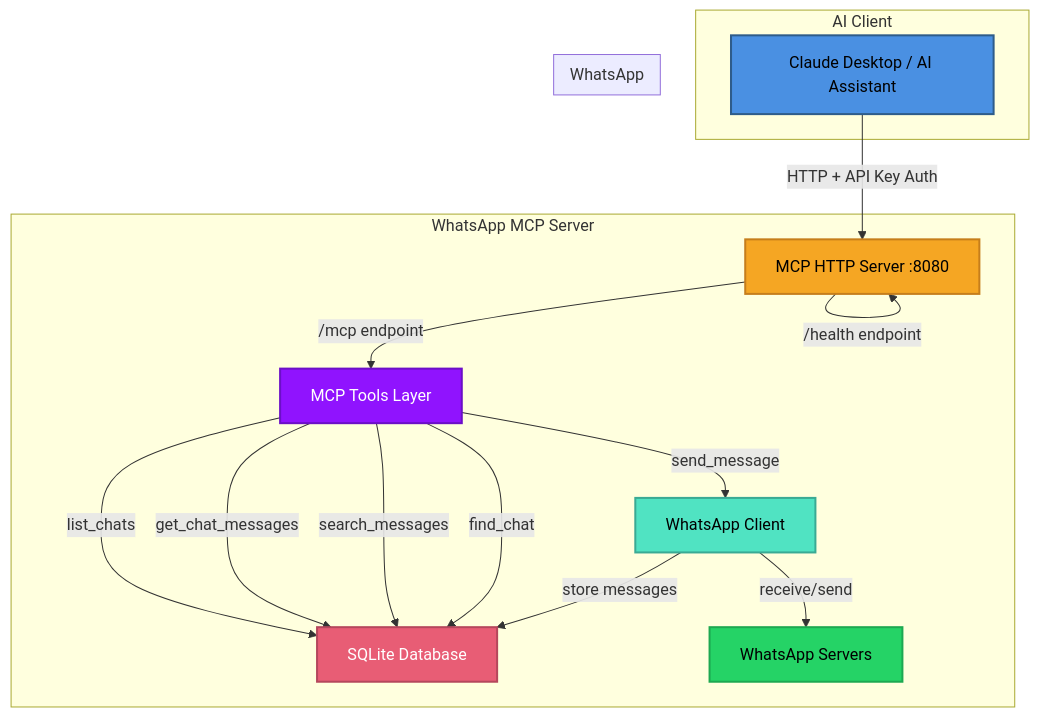
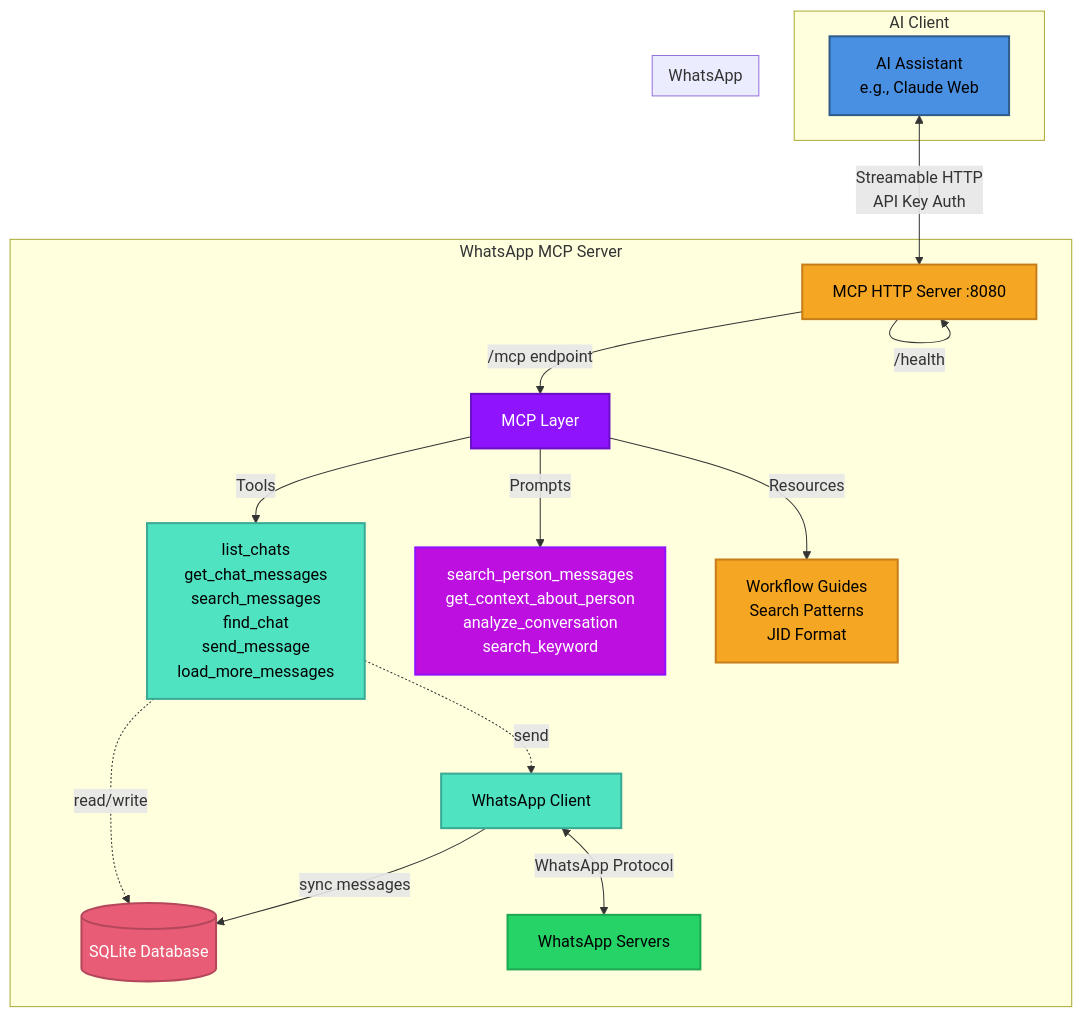
One commit to felipeadeildo/whatsapp-mcp changed the diagram in README.md. Above: the diagram before and after it, drawn with Mermaid. The commit also changed other lines of this file, not shown here.

````diff
--- a/README.md
+++ b/README.md
@@ -21,36 +83,42 @@
 ```mermaid
 graph TB
     subgraph "AI Client"
-        A[Claude Desktop / AI Assistant]
+        A[AI Assistant <br/> e.g., Claude Web]
     end
 
     subgraph "WhatsApp MCP Server"
         B[MCP HTTP Server :8080]
-        C[MCP Tools Layer]
+        C[MCP Layer]
         D[WhatsApp Client]
-        E[SQLite Database]
+        E[(SQLite Database)]
 
         B -->|/mcp endpoint| C
-        B -->|/health endpoint| B
-        C -->|list_chats| E
-        C -->|get_chat_messages| E
-        C -->|search_messages| E
-        C -->|find_chat| E
-        C -->|send_message| D
-        D -->|store messages| E
-        D -->|receive/send| F
+        B -->|/health| B
+
+        C -->|Tools| C1[list_chats<br/>get_chat_messages<br/>search_messages<br/>find_chat<br/>send_message<br/>load_more_messages]
+        C -->|Prompts| C2[search_person_messages<br/>get_context_about_person<br/>analyze_conversation<br/>search_keyword]
+        C -->|Resources| C3[Workflow Guides<br/>Search Patterns<br/>JID Format]
+
+        C1 -.->|read/write| E
+        C1 -.->|send| D
+
+        D -->|sync messages| E
+        D <-->|WhatsApp Protocol| F
     end
 
     subgraph "WhatsApp"
         F[WhatsApp Servers]
     end
 
-    A -->|HTTP + API Key Auth| B
+    A <-->|Streamable HTTP<br/>API Key Auth| B
 
     style A fill:#4A90E2,stroke:#2E5C8A,stroke-width:2px,color:#000
     style B fill:#F5A623,stroke:#C67E1B,stroke-width:2px,color:#000
     style C fill:#9013FE,stroke:#6B0FC7,stroke-width:2px,color:#fff
+    style C1 fill:#50E3C2,stroke:#3AAA94,stroke-width:2px,color:#000
+    style C2 fill:#BD10E0,stroke:#9012FE,stroke-width:2px,color:#fff
+    style C3 fill:#F5A623,stroke:#C67E1B,stroke-width:2px,color:#000
     style D fill:#50E3C2,stroke:#3AAA94,stroke-width:2px,color:#000
     style E fill:#E85D75,stroke:#B5475C,stroke-width:2px,color:#fff
     style F fill:#25D366,stroke:#1DA851,stroke-width:2px,color:#000
 ```
````
